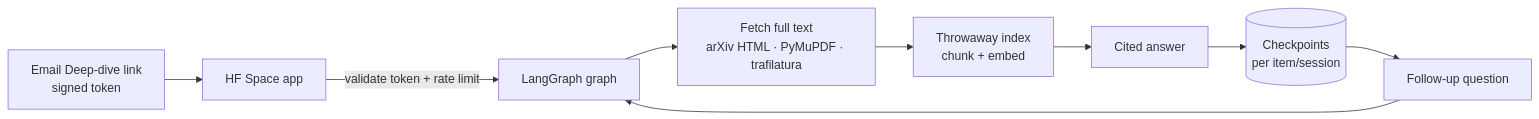
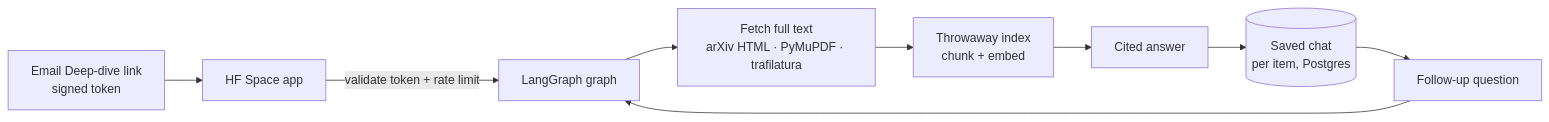
The fifth of 7 diagrams in flow.md (Shashank8602/Research_Radar), drawn with Mermaid before and after one commit. The commit also changed other lines of this file and 9 other files, not shown here.

First line of the commit message:
Save deep-dive chats per item so reopening a link keeps the conversation (D-054)

````diff
--- a/flow.md
+++ b/flow.md
@@ -137,10 +137,10 @@
 ```mermaid
 flowchart LR
     E[Email Deep-dive link<br/>signed token] --> A[HF Space app]
     A -->|validate token + rate limit| G[LangGraph graph]
     G --> FT[Fetch full text<br/>arXiv HTML · PyMuPDF · trafilatura]
     FT --> IX[Throwaway index<br/>chunk + embed]
     IX --> AN[Cited answer]
-    AN --> CH[(Checkpoints<br/>per item/session)]
+    AN --> CH[(Saved chat<br/>per item, Postgres)]
     CH --> FU[Follow-up question] --> G
 ```
````
